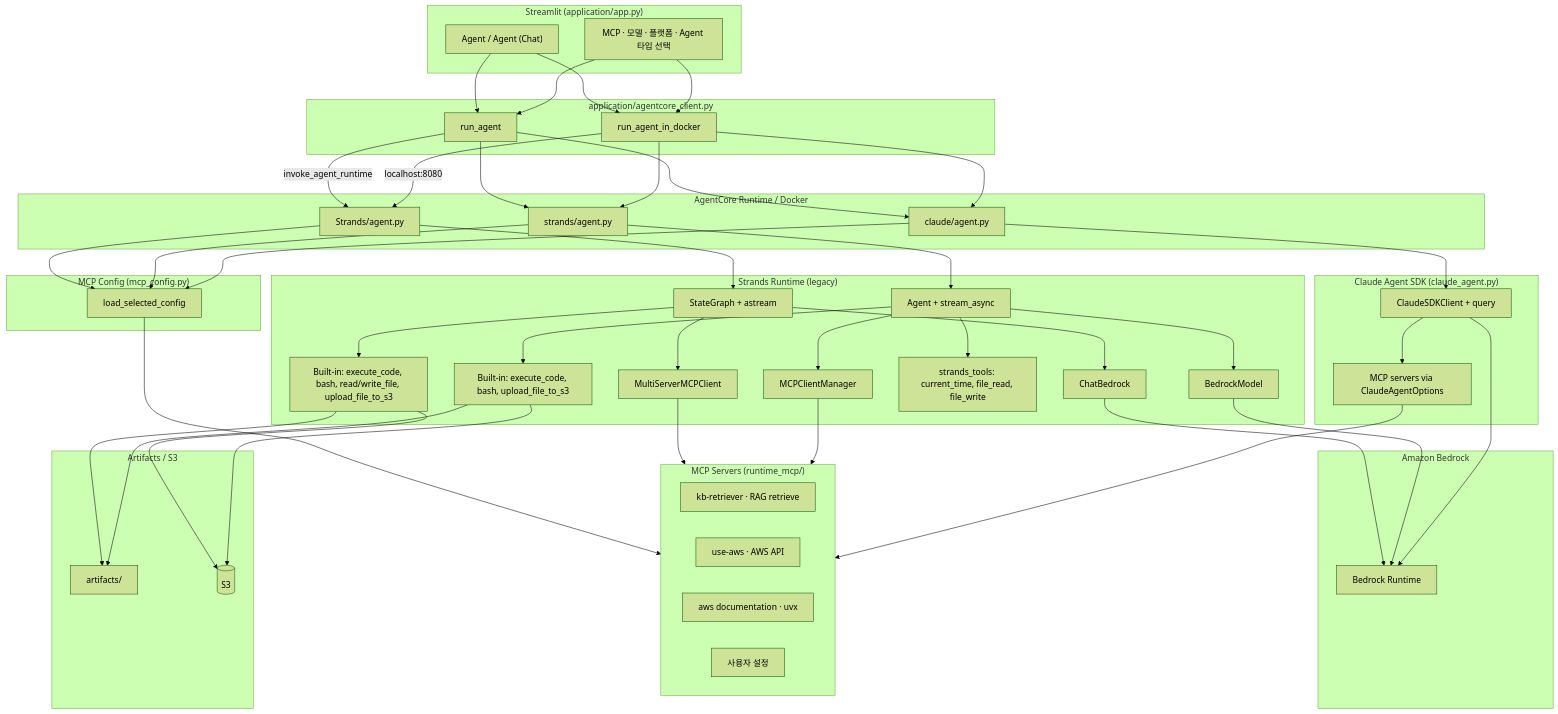
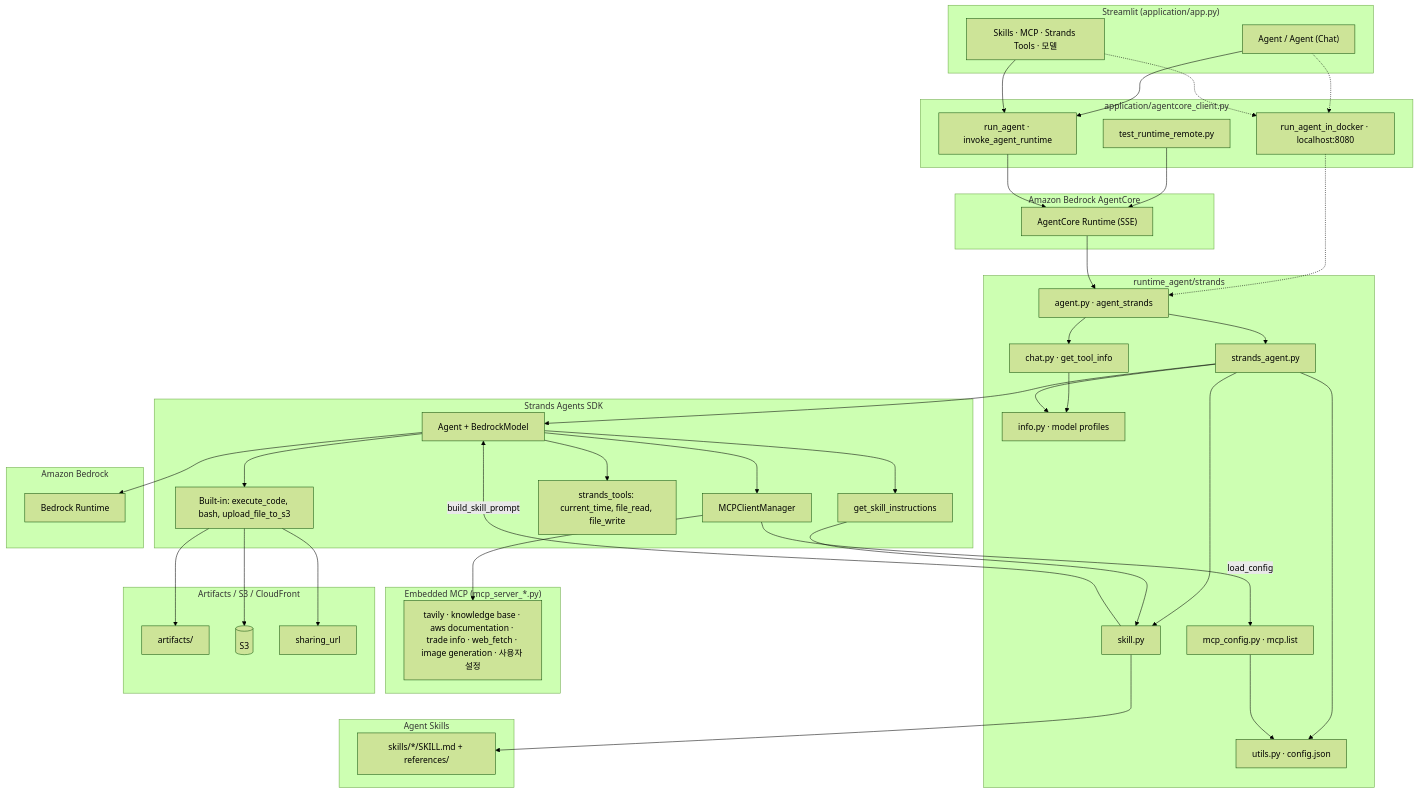
One commit to kyopark2014/strands-runtime changed the diagram in README.md. Above: the diagram before and after it, drawn with Mermaid (forest theme). The commit also changed other lines of this file, not shown here.

````diff
--- a/README.md
+++ b/README.md
@@ -21,99 +21,84 @@
 flowchart TB
   subgraph UI["Streamlit (application/app.py)"]
     MODE["Agent / Agent (Chat)"]
-    SEL["MCP · 모델 · 플랫폼 · Agent 타입 선택"]
+    SEL["Skills · MCP · Strands Tools · 모델"]
   end
 
   subgraph Client["application/agentcore_client.py"]
-    RA[run_agent]
-    RD[run_agent_in_docker]
+    RA["run_agent · invoke_agent_runtime"]
+    RD["run_agent_in_docker · localhost:8080"]
+    TEST["test_runtime_remote.py"]
   end
 
-  subgraph Runtime["AgentCore Runtime / Docker"]
-    LG["Strands/agent.py"]
-    ST["strands/agent.py"]
-    CL["claude/agent.py"]
+  subgraph AgentCore["Amazon Bedrock AgentCore"]
+    AC["AgentCore Runtime (SSE)"]
   end
 
-  subgraph StrandsStack["Strands Runtime (legacy)"]
-    LGA[StateGraph + astream]
-    LGB["Built-in: execute_code, bash, read/write_file, upload_file_to_s3"]
-    LGM[MultiServerMCPClient]
-    LGC[ChatBedrock]
+  subgraph Runtime["runtime_agent/strands"]
+    ENTRY["agent.py · agent_strands"]
+    SA["strands_agent.py"]
+    SK["skill.py"]
+    MCP["mcp_config.py · mcp.list"]
+    CHAT["chat.py · get_tool_info"]
+    INFO["info.py · model profiles"]
+    UTILS["utils.py · config.json"]
   end
 
-  subgraph StrandsStack["Strands (strands_agent.py)"]
-    SSA[Agent + stream_async]
-    SSB["Built-in: execute_code, bash, upload_file_to_s3"]
-    SST["strands_tools: current_time, file_read, file_write"]
-    SSM[MCPClientManager]
-    SSBM[BedrockModel]
+  subgraph Skills["Agent Skills"]
+    SRC["skills/*/SKILL.md + references/"]
   end
 
-  subgraph ClaudeStack["Claude Agent SDK (claude_agent.py)"]
-    CSA[ClaudeSDKClient + query]
-    CSM[MCP servers via ClaudeAgentOptions]
+  subgraph AgentStack["Strands Agents SDK"]
+    A["Agent + BedrockModel"]
+    BT["Built-in: execute_code, bash, upload_file_to_s3"]
+    GSI["get_skill_instructions"]
+    ST["strands_tools: current_time, file_read, file_write"]
+    MCM["MCPClientManager"]
   end
 
-  subgraph MCPConfig["MCP Config (mcp_config.py)"]
-    LSC[load_selected_config]
-  end
-
-  subgraph MCPServers["MCP Servers (runtime_mcp/)"]
-    KB[kb-retriever · RAG retrieve]
-    UA[use-aws · AWS API]
-    AD[aws documentation · uvx]
-    UC[사용자 설정]
+  subgraph MCPServers["Embedded MCP (mcp_server_*.py)"]
+    MCPsrv["tavily · knowledge base · aws documentation · trade info · web_fetch · image generation · 사용자 설정"]
   end
 
   subgraph LLM["Amazon Bedrock"]
     BR[Bedrock Runtime]
   end
 
-  subgraph Storage["Artifacts / S3"]
-    ART[artifacts/]
+  subgraph Storage["Artifacts / S3 / CloudFront"]
+    ART["artifacts/"]
     S3[(S3)]
+    CF["sharing_url"]
   end
 
   MODE --> RA
-  MODE --> RD
   SEL --> RA
-  SEL --> RD
+  MODE -.-> RD
+  SEL -.-> RD
+  TEST --> AC
 
-  RA -->|invoke_agent_runtime| LG
-  RA --> ST
-  RA --> CL
-  RD -->|localhost:8080| LG
-  RD --> ST
-  RD --> CL
+  RA --> AC
+  RD -.-> ENTRY
+  AC --> ENTRY
 
-  LG --> LGA
-  LGA --> LGC
-  LGA --> LGB
-  LGA --> LGM
-  LGC --> BR
-
-  ST --> SSA
-  SSA --> SSBM
-  SSA --> SSB
-  SSA --> SST
-  SSA --> SSM
-  SSBM --> BR
-
-  CL --> CSA
-  CSA --> CSM
-  CSA --> BR
-
-  LG --> LSC
-  ST --> LSC
-  CL --> LSC
-  LSC --> MCPServers
-  LGM --> MCPServers
-  SSM --> MCPServers
-  CSM --> MCPServers
-
-  LGB --> ART
-  LGB --> S3
-  SSB --> ART
-  SSB --> S3
+  ENTRY --> SA
+  ENTRY --> CHAT
+  CHAT --> INFO
+  SA --> INFO
+  SA --> UTILS
+  MCP --> UTILS
+  SA --> A
+  SA --> SK
+  SK -->|build_skill_prompt| A
+  A --> GSI
+  GSI --> SK
+  SK --> SRC
+  A --> BT
+  A --> ST
+  A --> MCM
+  A --> BR
+  MCM -->|load_config| MCP
+  MCM --> MCPsrv
+  BT --> ART
+  BT --> S3
+  BT --> CF
 ```
````
